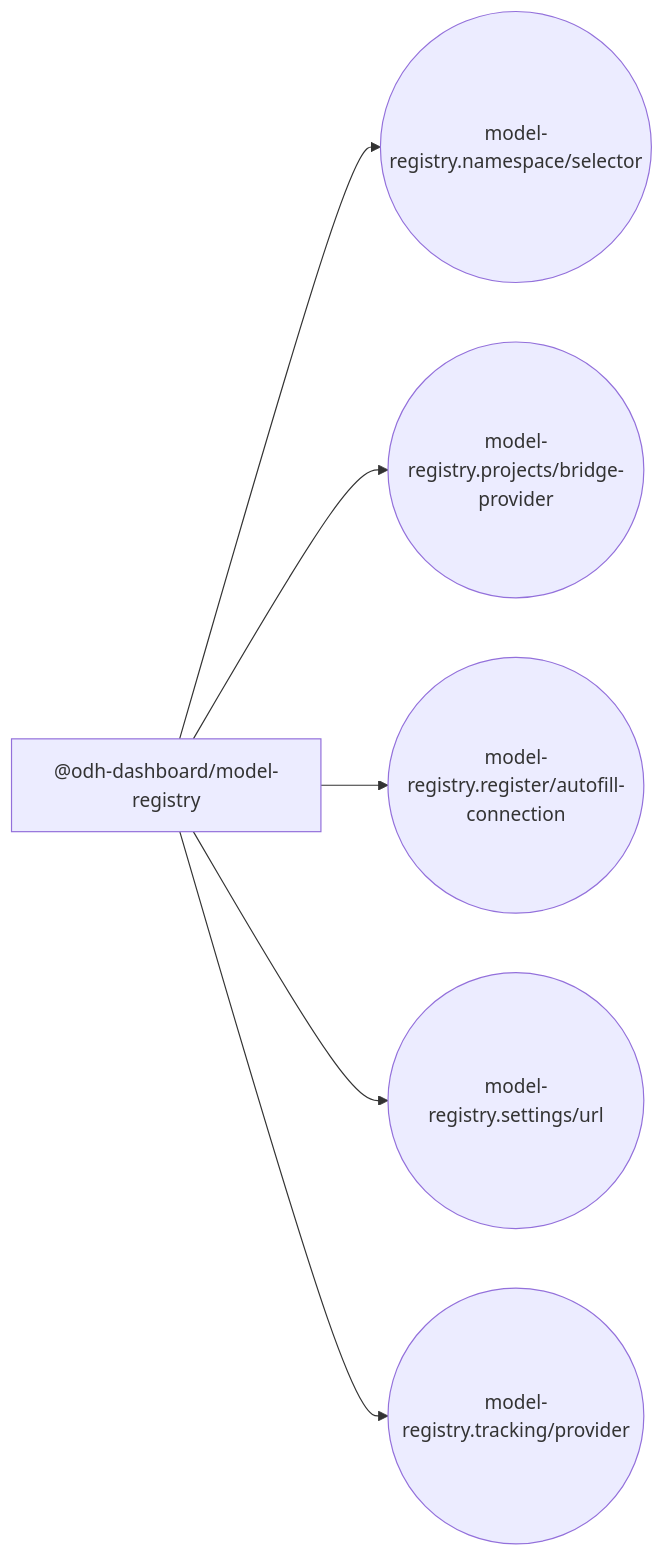
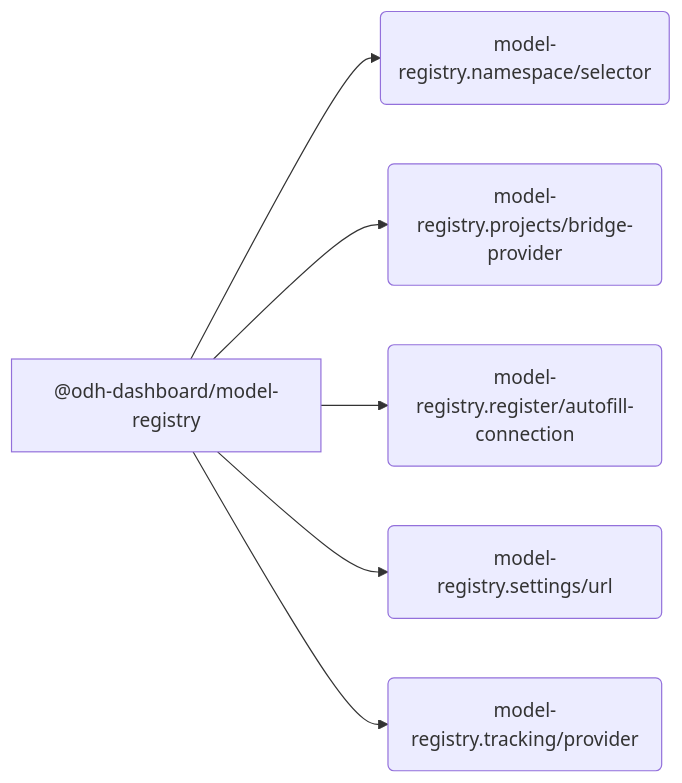
One commit to mturley/odh-dashboard changed the fifth of 5 diagrams in packages/model-registry/docs/extensions.md. Above: the diagram before and after it, drawn with Mermaid. The commit also changed other lines of this file and 24 other files, not shown here.

````diff
--- a/packages/model-registry/docs/extensions.md
+++ b/packages/model-registry/docs/extensions.md
@@ -258,14 +258,14 @@
 ```mermaid
 flowchart LR
   pkg_n__odh_dashboard_model_registry_92e561["@odh-dashboard/model-registry"]
-  point_n_model_registry_namespace_selector_0244e5(("model-registry.namespace/selector"))
+  point_n_model_registry_namespace_selector_0244e5("model-registry.namespace/selector")
   pkg_n__odh_dashboard_model_registry_92e561 --> point_n_model_registry_namespace_selector_0244e5
-  point_n_model_registry_projects_bridge_provider_6948d8(("model-registry.projects/bridge-provider"))
+  point_n_model_registry_projects_bridge_provider_6948d8("model-registry.projects/bridge-provider")
   pkg_n__odh_dashboard_model_registry_92e561 --> point_n_model_registry_projects_bridge_provider_6948d8
-  point_n_model_registry_register_autofill_connection_d7b1cf(("model-registry.register/autofill-connection"))
+  point_n_model_registry_register_autofill_connection_d7b1cf("model-registry.register/autofill-connection")
   pkg_n__odh_dashboard_model_registry_92e561 --> point_n_model_registry_register_autofill_connection_d7b1cf
-  point_n_model_registry_settings_url_26ee47(("model-registry.settings/url"))
+  point_n_model_registry_settings_url_26ee47("model-registry.settings/url")
   pkg_n__odh_dashboard_model_registry_92e561 --> point_n_model_registry_settings_url_26ee47
-  point_n_model_registry_tracking_provider_6dfde7(("model-registry.tracking/provider"))
+  point_n_model_registry_tracking_provider_6dfde7("model-registry.tracking/provider")
   pkg_n__odh_dashboard_model_registry_92e561 --> point_n_model_registry_tracking_provider_6dfde7
 ```
````
